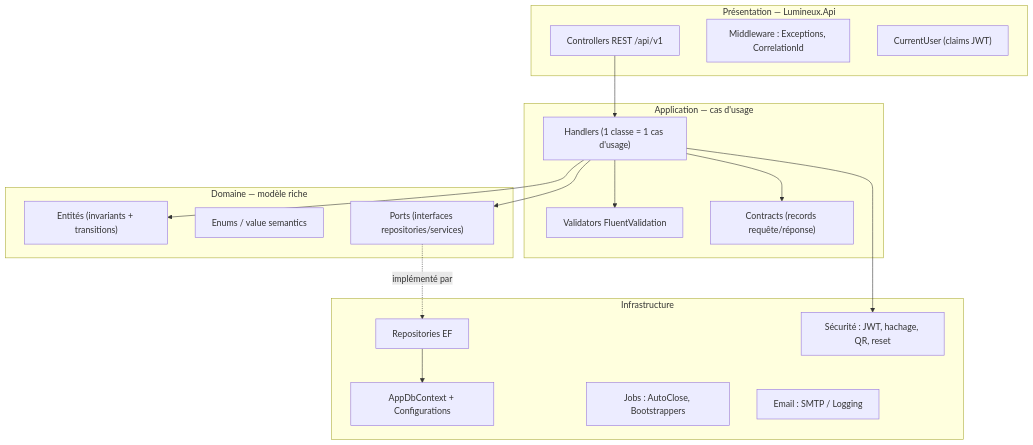
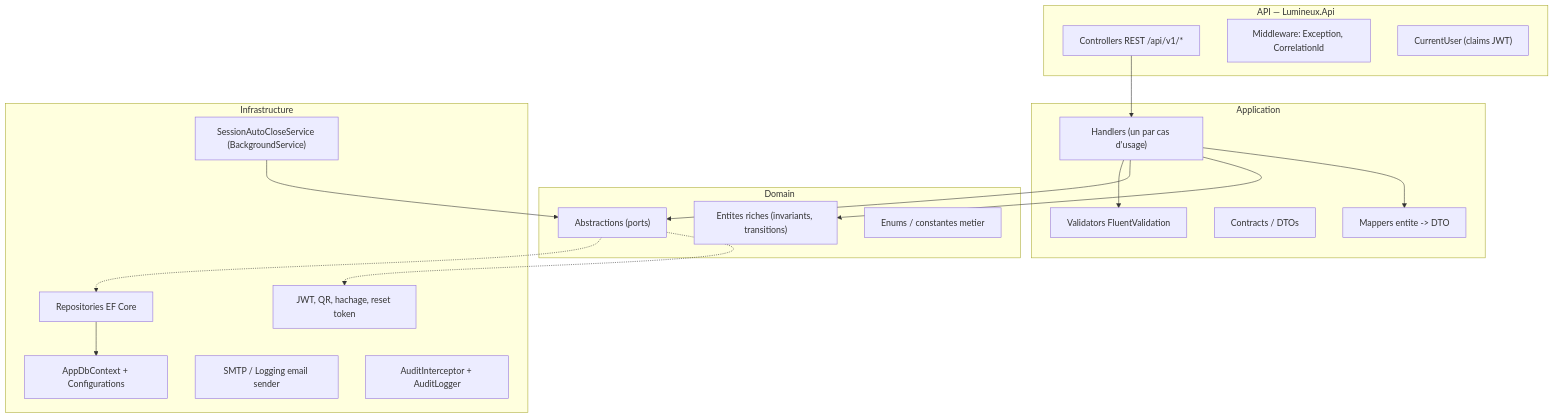
One commit to kiboMarcel/lumineux changed the second of 3 diagrams in docs/audit/02-architecture.md. Above: the diagram before and after it, drawn with Mermaid. The commit also changed other lines of this file and 9 other files, not shown here.

````diff
--- a/docs/audit/02-architecture.md
+++ b/docs/audit/02-architecture.md
@@ -53,34 +59,37 @@
 ```mermaid
 flowchart TB
-    subgraph Presentation["Présentation — Lumineux.Api"]
-        C["Controllers REST /api/v1"]
-        MW["Middleware : Exceptions, CorrelationId"]
-        CU["CurrentUser (claims JWT)"]
+    subgraph API["API — Lumineux.Api"]
+        Ctrl["Controllers REST /api/v1/*"]
+        Mw["Middleware: Exception, CorrelationId"]
+        Sec["CurrentUser (claims JWT)"]
     end
-    subgraph Application["Application — cas d'usage"]
-        H["Handlers (1 classe = 1 cas d'usage)"]
-        V["Validators FluentValidation"]
-        DTO["Contracts (records requête/réponse)"]
+    subgraph APP["Application"]
+        Hand["Handlers (un par cas d'usage)"]
+        Val["Validators FluentValidation"]
+        Dto["Contracts / DTOs"]
+        Map["Mappers entite -> DTO"]
     end
-    subgraph Domain["Domaine — modèle riche"]
-        E["Entités (invariants + transitions)"]
-        EN["Enums / value semantics"]
-        P["Ports (interfaces repositories/services)"]
+    subgraph DOM["Domain"]
+        Ent["Entites riches (invariants, transitions)"]
+        Ports["Abstractions (ports)"]
+        Enums["Enums / constantes metier"]
     end
-    subgraph Infrastructure["Infrastructure"]
-        R["Repositories EF"]
-        DB["AppDbContext + Configurations"]
-        SEC["Sécurité : JWT, hachage, QR, reset"]
-        JOB["Jobs : AutoClose, Bootstrappers"]
-        MAIL["Email : SMTP / Logging"]
+    subgraph INFRA["Infrastructure"]
+        Repo["Repositories EF Core"]
+        Db["AppDbContext + Configurations"]
+        SecInfra["JWT, QR, hachage, reset token"]
+        Jobs["SessionAutoCloseService (BackgroundService)"]
+        Mail["SMTP / Logging email sender"]
+        Audit["AuditInterceptor + AuditLogger"]
     end
 
-    C --> H
-    H --> V
-    H --> DTO
-    H --> E
-    H --> P
-    P -.implémenté par.-> R
-    R --> DB
-    H --> SEC
+    Ctrl --> Hand
+    Hand --> Val
+    Hand --> Ports
+    Hand --> Ent
+    Hand --> Map
+    Ports -.-> Repo
+    Ports -.-> SecInfra
+    Repo --> Db
+    Jobs --> Ports
 ```
````
